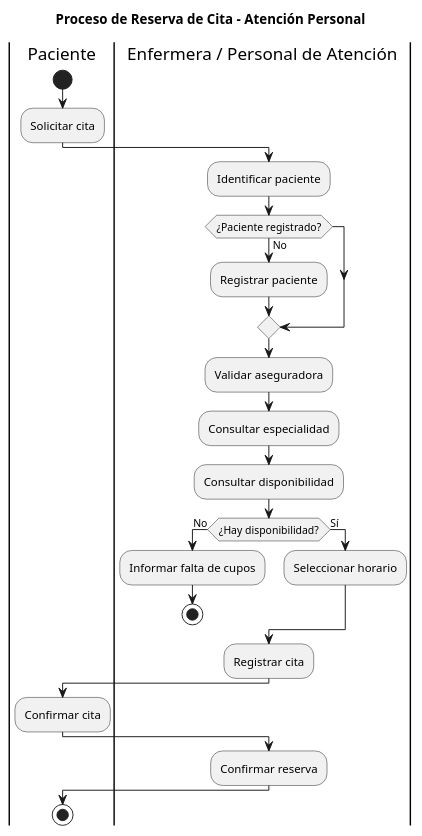
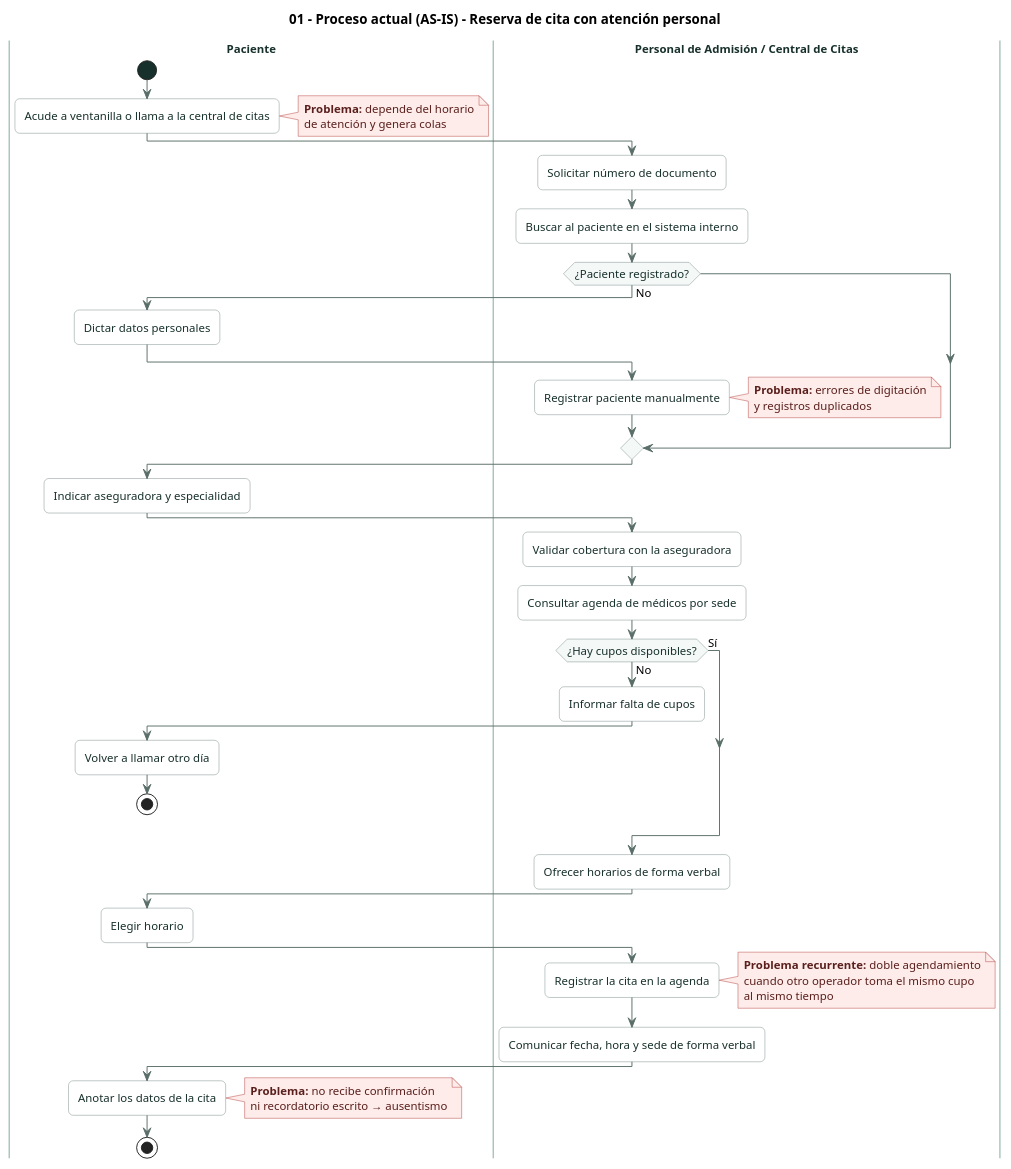
The diagram in doc/diagramas/01-Diagrama-Procesos-Tradicional.puml (Jimena-CC/ProyectoCitasMedicas), drawn with PlantUML before and after one commit. The commit also changed 3 other files, not shown here.

First line of the commit message:
docs(doc): mejorar diagramas de procesos AS-IS y TO-BE

```diff
--- a/doc/diagramas/01-Diagrama-Procesos-Tradicional.puml
+++ b/doc/diagramas/01-Diagrama-Procesos-Tradicional.puml
@@ -1,37 +1,88 @@
 @startuml
-title Proceso de Reserva de Cita - Atención Personal
+title 01 - Proceso actual (AS-IS) - Reserva de cita con atención personal
+
+skinparam shadowing false
+skinparam roundCorner 10
+skinparam defaultFontName "Helvetica"
+skinparam defaultFontSize 12
+skinparam ArrowColor #5A6E69
+skinparam SwimlaneBorderColor #A9C4BD
+skinparam SwimlaneTitleFontColor #17302B
+skinparam SwimlaneTitleFontStyle bold
+skinparam activity {
+  BackgroundColor #FFFFFF
+  BorderColor #7A8C88
+  FontColor #17302B
+  DiamondBackgroundColor #F4F8F7
+  DiamondBorderColor #7A8C88
+  StartColor #17302B
+  EndColor #17302B
+}
+skinparam note {
+  BackgroundColor #FDECEA
+  BorderColor #B4413C
+  FontColor #5A1F1C
+}
 
 |Paciente|
 start
-:Solicitar cita;
+:Acude a ventanilla o llama a la central de citas;
+note right
+  <b>Problema:</b> depende del horario
+  de atención y genera colas
+end note
 
-|Enfermera / Personal de Atención|
-:Identificar paciente;
+|Personal de Admisión / Central de Citas|
+:Solicitar número de documento;
+:Buscar al paciente en el sistema interno;
 
 if (¿Paciente registrado?) then (No)
-  :Registrar paciente;
+  |Paciente|
+  :Dictar datos personales;
+  |Personal de Admisión / Central de Citas|
+  :Registrar paciente manualmente;
+  note right
+    <b>Problema:</b> errores de digitación
+    y registros duplicados
+  end note
 endif
 
-:Validar aseguradora;
-:Consultar especialidad;
-:Consultar disponibilidad;
+|Paciente|
+:Indicar aseguradora y especialidad;
 
-if (¿Hay disponibilidad?) then (No)
+|Personal de Admisión / Central de Citas|
+:Validar cobertura con la aseguradora;
+:Consultar agenda de médicos por sede;
+
+if (¿Hay cupos disponibles?) then (No)
   :Informar falta de cupos;
+  |Paciente|
+  :Volver a llamar otro día;
   stop
 else (Sí)
-  :Seleccionar horario;
 endif
 
-:Registrar cita;
+|Personal de Admisión / Central de Citas|
+:Ofrecer horarios de forma verbal;
 
 |Paciente|
-:Confirmar cita;
+:Elegir horario;
 
-|Enfermera / Personal de Atención|
-:Confirmar reserva;
+|Personal de Admisión / Central de Citas|
+:Registrar la cita en la agenda;
+note right
+  <b>Problema recurrente:</b> doble agendamiento
+  cuando otro operador toma el mismo cupo
+  al mismo tiempo
+end note
+:Comunicar fecha, hora y sede de forma verbal;
 
 |Paciente|
+:Anotar los datos de la cita;
+note right
+  <b>Problema:</b> no recibe confirmación
+  ni recordatorio escrito → ausentismo
+end note
 stop
 
 @enduml
```
